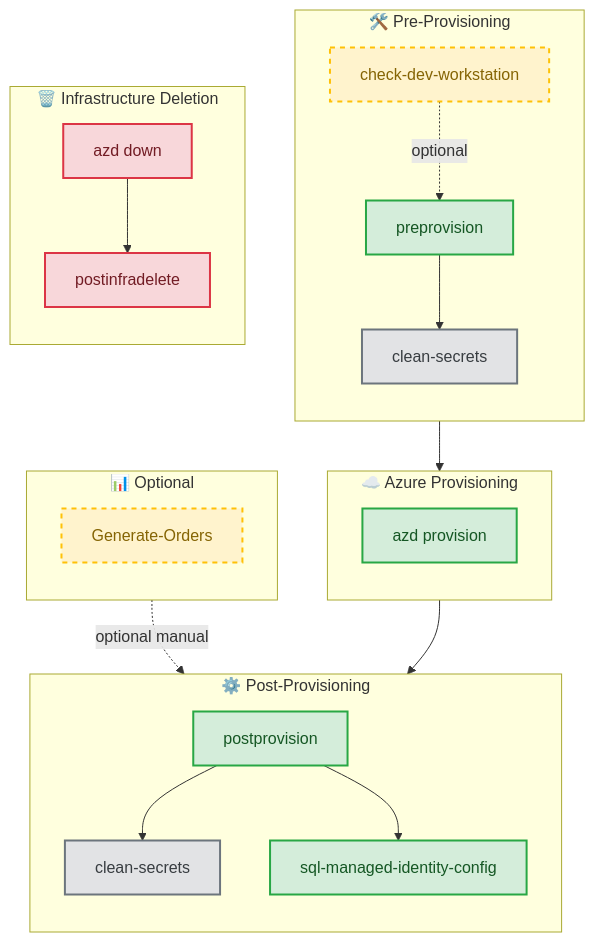
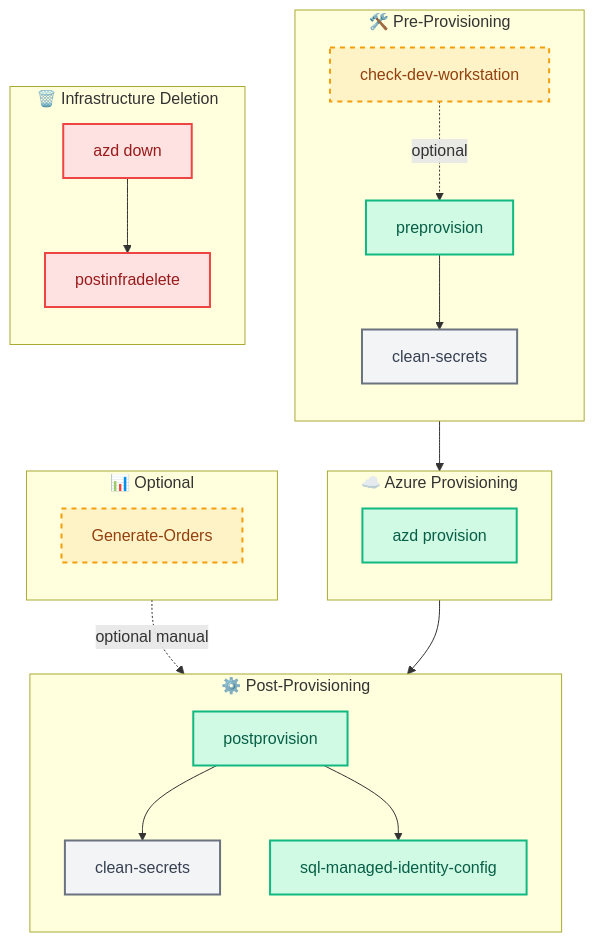
One commit to Evilazaro/Azure-LogicApps-Monitoring changed the first of 7 diagrams in docs/hooks/VALIDATION-WORKFLOW.md. Above: the diagram before and after it, drawn with Mermaid. The commit also changed other lines of this file and 11 other files, not shown here.

Commit message:
feat(docs): Update diagrams with modern color palette for improved accessibility and clarity

````diff
--- a/docs/hooks/VALIDATION-WORKFLOW.md
+++ b/docs/hooks/VALIDATION-WORKFLOW.md
@@ -78,51 +78,51 @@
 ```mermaid
 flowchart TD
     subgraph PreProvGroup["🛠️ Pre-Provisioning"]
         direction TB
         CheckDev[check-dev-workstation]
         PreProv[preprovision]
         CleanSecrets1[clean-secrets]
         CheckDev -.optional.-> PreProv
         PreProv --> CleanSecrets1
     end
 
     subgraph ProvGroup["☁️ Azure Provisioning"]
         direction TB
         AzdProv[azd provision]
     end
 
     subgraph PostProvGroup["⚙️ Post-Provisioning"]
         direction TB
         PostProv[postprovision]
         CleanSecrets2[clean-secrets]
         SqlConfig[sql-managed-identity-config]
         PostProv --> CleanSecrets2
         PostProv --> SqlConfig
     end
 
     subgraph DeleteGroup["🗑️ Infrastructure Deletion"]
         direction TB
         AzdDown[azd down]
         PostInfraDelete[postinfradelete]
         AzdDown --> PostInfraDelete
     end
 
     subgraph OptionalGroup["📊 Optional"]
         direction TB
         GenOrders[Generate-Orders]
     end
 
     CleanSecrets1 --> AzdProv
     AzdProv --> PostProv
     GenOrders -.optional manual.-> PostProv
 
-    classDef optionalClass fill:#fff3cd,stroke:#ffc107,stroke-width:2px,stroke-dasharray: 5 5,color:#856404
-    classDef automaticClass fill:#d4edda,stroke:#28a745,stroke-width:2px,color:#155724
-    classDef utilityClass fill:#e2e3e5,stroke:#6c757d,stroke-width:2px,color:#383d41
-    classDef deleteClass fill:#f8d7da,stroke:#dc3545,stroke-width:2px,color:#721c24
+    classDef optionalClass fill:#FEF3C7,stroke:#F59E0B,stroke-width:2px,stroke-dasharray: 5 5,color:#92400E
+    classDef automaticClass fill:#D1FAE5,stroke:#10B981,stroke-width:2px,color:#065F46
+    classDef utilityClass fill:#F3F4F6,stroke:#6B7280,stroke-width:2px,color:#374151
+    classDef deleteClass fill:#FEE2E2,stroke:#EF4444,stroke-width:2px,color:#991B1B
 
     class CheckDev,GenOrders optionalClass
     class PreProv,AzdProv,PostProv,SqlConfig automaticClass
     class CleanSecrets1,CleanSecrets2 utilityClass
     class AzdDown,PostInfraDelete deleteClass
 ```
````
